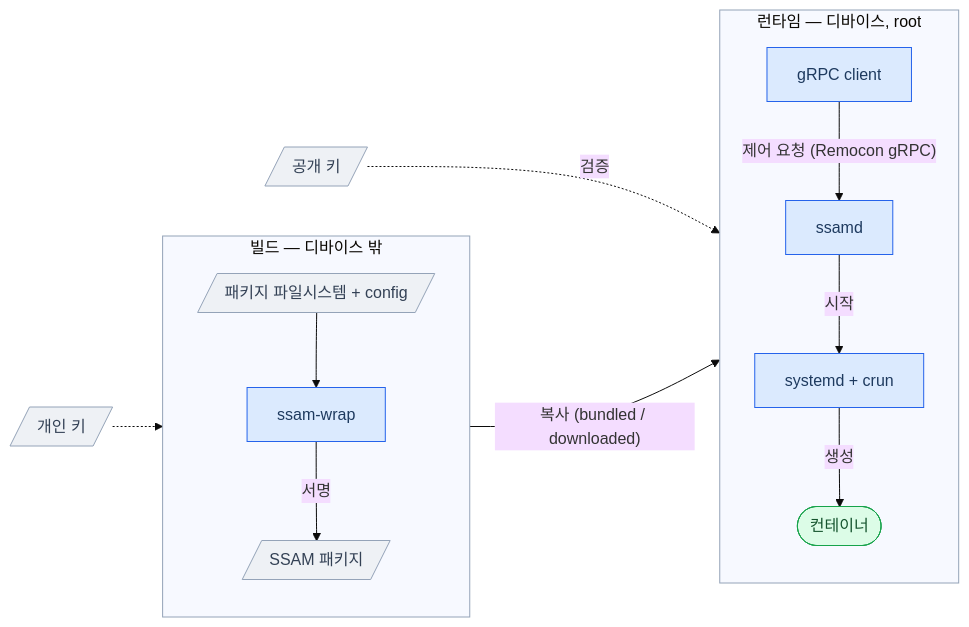
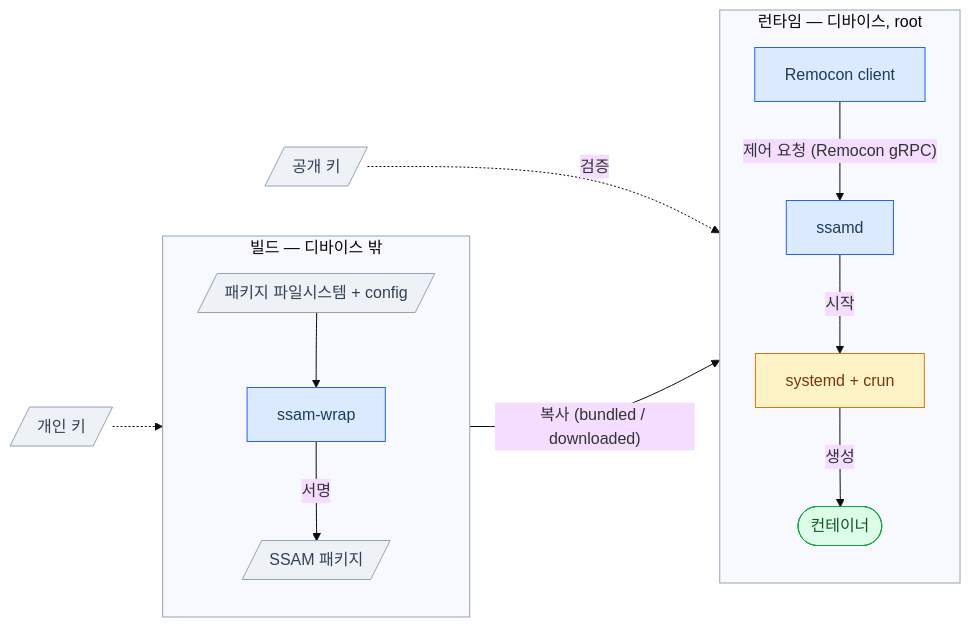
Before and after one commit to mobis-oss/ssam: the diagram in docs/architecture/overview.ko.md, drawn with Mermaid (base theme). The commit also changed other lines of this file and 35 other files, not shown here.

````diff
--- a/docs/architecture/overview.ko.md
+++ b/docs/architecture/overview.ko.md
@@ -52,26 +52,28 @@
 ```mermaid
 flowchart LR
   subgraph B["빌드 — 디바이스 밖"]
     direction TB
     A[/"패키지 파일시스템 + config"/] --> W["ssam-wrap"]
     W -->|"서명"| P[/"SSAM 패키지"/]
   end
   subgraph R["런타임 — 디바이스, root"]
     direction TB
-    C["gRPC client"] -->|"제어 요청 (Remocon gRPC)"| D["ssamd"]
+    C["Remocon client"] -->|"제어 요청 (Remocon gRPC)"| D["ssamd"]
     D -->|"시작"| S["systemd + crun"]
     S -->|"생성"| CT(["컨테이너"])
   end
   P -->|"복사 (bundled / downloaded)"| D
   KP[/"개인 키"/] -.-> W
   K[/"공개 키"/] -.->|"검증"| D
 
   classDef actor fill:#dbeafe,stroke:#2563eb,color:#1e3a5f;
   classDef data fill:#eef1f5,stroke:#94a3b8,color:#334155;
+  classDef ext fill:#fef3c7,stroke:#d97706,color:#78350f;
   classDef result fill:#dcfce7,stroke:#16a34a,color:#14532d;
-  class W,D,C,S actor;
+  class W,D,C actor;
+  class S ext;
   class A,P,KP,K data;
   class CT result;
   style B stroke:#94a3b8
   style R stroke:#94a3b8
 ```
````
